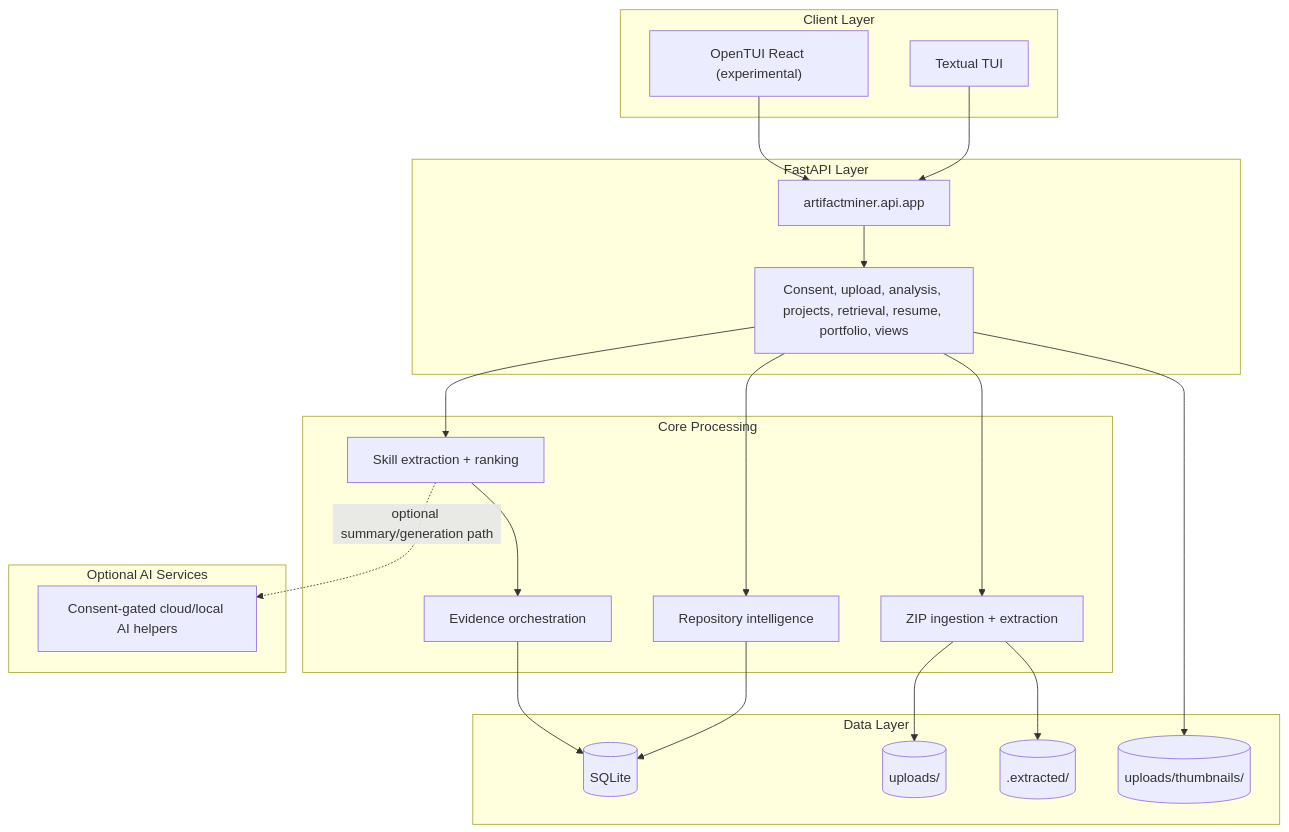
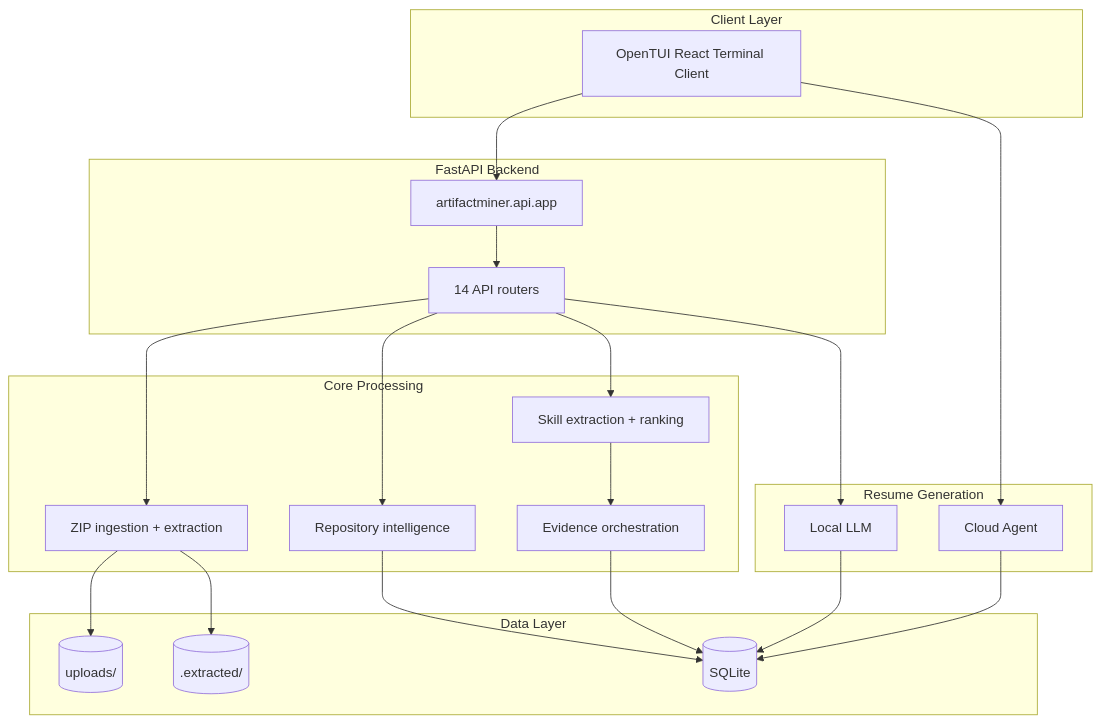
One commit to COSC-499-W2025/capstone-project-team-1 changed the first of 2 diagrams in README.md. Above: the diagram before and after it, drawn with Mermaid. The commit also changed other lines of this file and 1 other file, not shown here.

````diff
--- a/README.md
+++ b/README.md
@@ -23,47 +16,49 @@
 ```mermaid
 flowchart TB
-    subgraph Clients["Client Layer"]
-        TUI["Textual TUI"]
-        React["OpenTUI React (experimental)"]
+    subgraph Client["Client Layer"]
+        React["OpenTUI React Terminal Client"]
     end
 
-    subgraph API["FastAPI Layer"]
+    subgraph API["FastAPI Backend"]
         Gateway["artifactminer.api.app"]
-        Routers["Consent, upload, analysis, projects, retrieval, resume, portfolio, views"]
+        Routers["14 API routers"]
     end
 
     subgraph Core["Core Processing"]
         Ingest["ZIP ingestion + extraction"]
         RepoIntel["Repository intelligence"]
         Skills["Skill extraction + ranking"]
         Evidence["Evidence orchestration"]
     end
 
-    subgraph Integrations["Optional AI Services"]
-        AI["Consent-gated cloud/local AI helpers"]
+    subgraph Generation["Resume Generation"]
+        LocalLLM["Local LLM"]
+        CloudAgent["Cloud Agent"]
     end
 
     subgraph Data["Data Layer"]
         SQLite[("SQLite")]
         Uploads[("uploads/")]
         Extracted[(".extracted/")]
-        Thumbs[("uploads/thumbnails/")]
     end
 
-    TUI --> Gateway
     React --> Gateway
     Gateway --> Routers
 
     Routers --> Ingest
     Ingest --> Uploads
     Ingest --> Extracted
 
     Routers --> RepoIntel
     Routers --> Skills
     Skills --> Evidence
 
     RepoIntel --> SQLite
     Evidence --> SQLite
-    Routers --> Thumbs
-    Skills -. optional summary/generation path .-> AI
+
+    Routers --> LocalLLM
+    React --> CloudAgent
+
+    LocalLLM --> SQLite
+    CloudAgent --> SQLite
 ```
````
